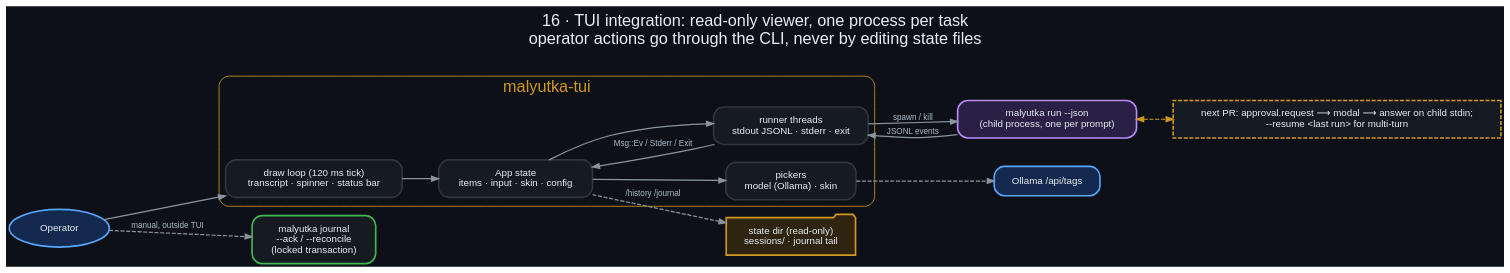
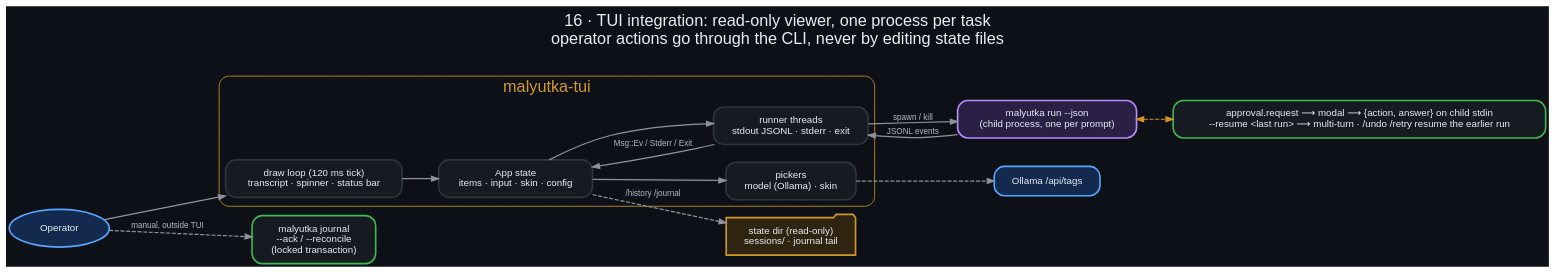
One commit to danindiana/malyutka changed the diagram in docs/diagrams/16_tui_integration.dot. Above: the diagram before and after it, drawn with Graphviz. The commit also changed 15 other files, not shown here.

First line of the commit message:
feat(tui): multi-turn resume, approval modal, /undo /retry, diff and todo views

```diff
--- a/docs/diagrams/16_tui_integration.dot
+++ b/docs/diagrams/16_tui_integration.dot
@@ -1,24 +1,24 @@
 digraph tuiint {
     graph [bgcolor="#0d1117", fontname="Helvetica", fontcolor="#e6edf3", labelloc="t", fontsize=20, rankdir=LR,
            label="16 · TUI integration: read-only viewer, one process per task\noperator actions go through the CLI, never by editing state files\n ", nodesep=0.3, ranksep=0.6];
     node  [fontname="Helvetica", fontcolor="#e6edf3", color="#30363d", style="filled,rounded", shape=box, penwidth=2, margin="0.22,0.14", fillcolor="#161b22", fontsize=12];
     edge  [color="#8b949e", fontname="Helvetica", fontcolor="#adbac7", penwidth=1.5, arrowsize=0.85, fontsize=10];
 
     op [label="Operator", shape=oval, color="#58a6ff", fillcolor="#13294d"];
     subgraph cluster_t { label="malyutka-tui"; fontcolor="#d29922"; color="#d29922"; style="rounded";
       ui [label="draw loop (120 ms tick)\ntranscript · spinner · status bar"];
       app [label="App state\nitems · input · skin · config"];
       rn [label="runner threads\nstdout JSONL · stderr · exit"];
       pk [label="pickers\nmodel (Ollama) · skin"]; }
     cli [label="malyutka run --json\n(child process, one per prompt)", color="#bc8cff", fillcolor="#2a1f45"];
     ro [label="state dir (read-only)\nsessions/ · journal tail", shape=folder, color="#d29922", fillcolor="#2e2410"];
     opcmd [label="malyutka journal\n--ack / --reconcile\n(locked transaction)", color="#3fb950"];
     oll [label="Ollama /api/tags", color="#58a6ff", fillcolor="#13294d"];
-    plan [label="next PR: approval.request ⟶ modal ⟶ answer on child stdin;\n--resume <last run> for multi-turn", color="#d29922", style="filled,dashed"];
+    plan [label="approval.request ⟶ modal ⟶ {action, answer} on child stdin\n--resume <last run> ⟶ multi-turn · /undo /retry resume the earlier run", color="#3fb950"];
 
     op -> ui; ui -> app; app -> rn; rn -> cli [label="spawn / kill"]; cli -> rn [label="JSONL events"];
     rn -> app [label="Msg::Ev / Stderr / Exit"];
     pk -> oll [style=dashed]; app -> pk; app -> ro [style=dashed, label="/history /journal"];
     op -> opcmd [style=dashed, label="manual, outside TUI"];
     cli -> plan [style=dashed, dir=both, color="#d29922"];
 }
```
